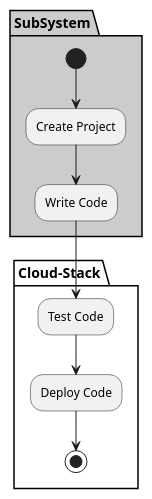
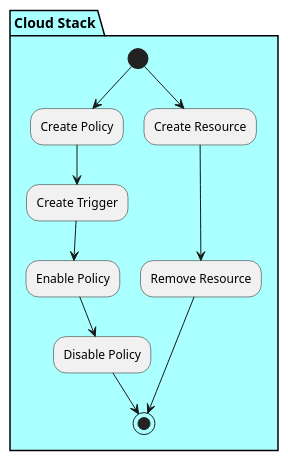
Before and after one commit to CAADE/fleet: the diagram in docs/Solution/Cloud-Stack/Process.puml, drawn with PlantUML. The commit also changed 14 other files, not shown here.

```diff
--- a/docs/Solution/Cloud-Stack/Process.puml
+++ b/docs/Solution/Cloud-Stack/Process.puml
@@ -1,18 +1,14 @@
 @startuml
 
-partition "Cloud-Stack" {
-
-}
-
-partition SubSystem  #cccccc {
-  (*) --> "Create Project"
-  --> "Write Code"
-}
-
-partition "Cloud-Stack" {
-  "Write Code" --> "Test Code"
-  "Test Code" --> "Deploy Code"
-  "Deploy Code" --> (*)
+partition "Cloud Stack" #aaffff {
+  (*) --> "Create Policy"
+  "Create Policy" --> "Create Trigger"
+  "Create Trigger" --> "Enable Policy"
+  "Enable Policy" --> "Disable Policy"
+  "Disable Policy" --> (*)
+  (*) --> "Create Resource"
+  "Create Resource" --> "Remove Resource"
+  "Remove Resource" --> (*)
 }
 
 @enduml
```
